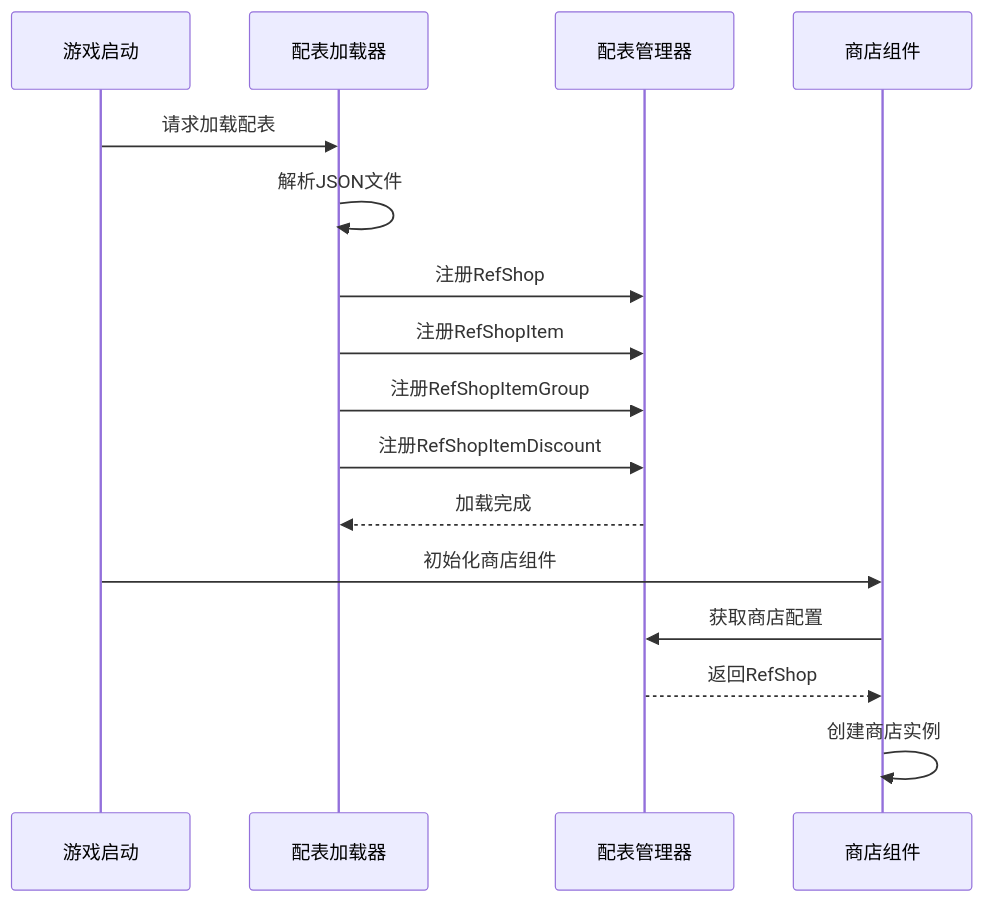
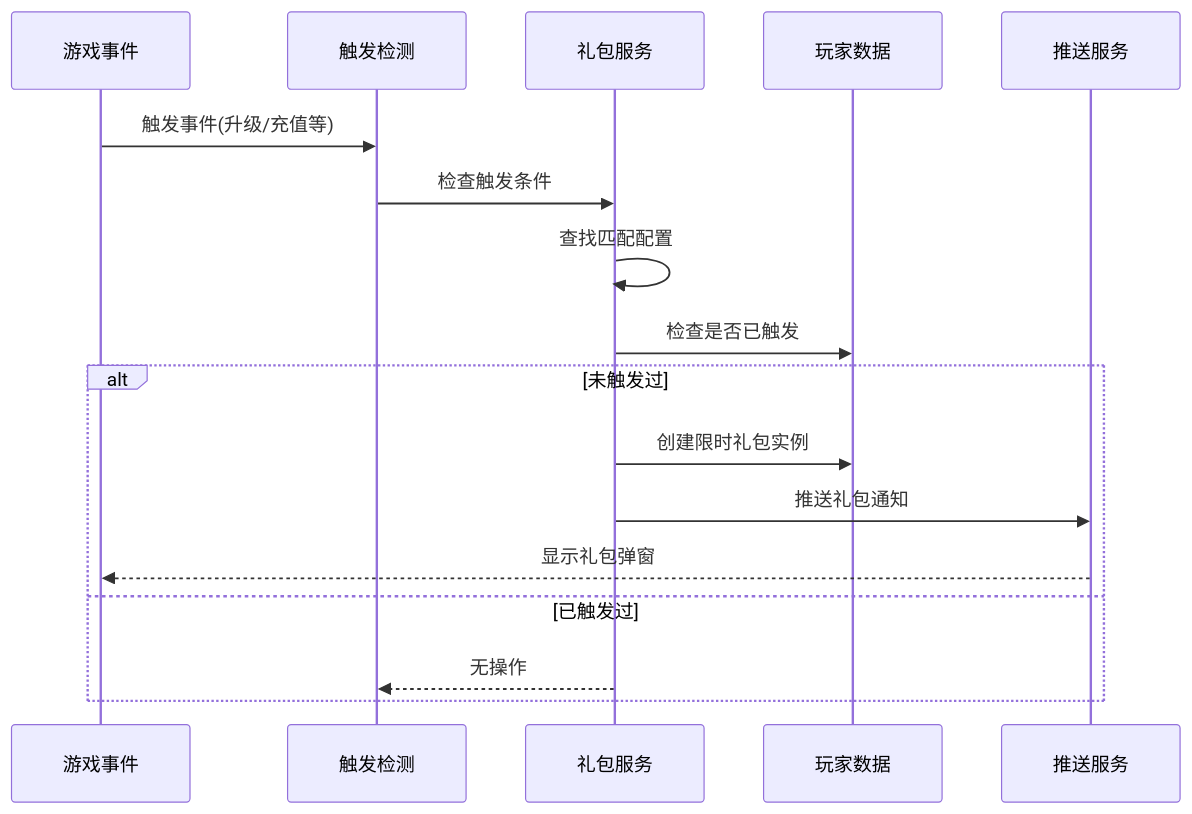
One commit to Alan-Ben/k2c_game_framework changed the fifth of 6 diagrams in docs/Module_Shop/01_数据配表.md. Above: the diagram before and after it, drawn with Mermaid. The commit also changed other lines of this file and 15 other files, not shown here.

````diff
--- a/docs/Module_Shop/01_数据配表.md
+++ b/docs/Module_Shop/01_数据配表.md
@@ -672,20 +565,20 @@
 ```mermaid
 sequenceDiagram
-    participant Game as 游戏启动
-    participant Loader as 配表加载器
-    participant RefData as 配表管理器
-    participant Shop as 商店组件
+    participant Game as 游戏事件
+    participant Trigger as 触发检测
+    participant Gift as 礼包服务
+    participant Player as 玩家数据
+    participant Push as 推送服务
 
-    Game->>Loader: 请求加载配表
-    Loader->>Loader: 解析JSON文件
-    Loader->>RefData: 注册RefShop
-    Loader->>RefData: 注册RefShopItem
-    Loader->>RefData: 注册RefShopItemGroup
-    Loader->>RefData: 注册RefShopItemDiscount
-    RefData-->>Loader: 加载完成
-
-    Game->>Shop: 初始化商店组件
-    Shop->>RefData: 获取商店配置
-    RefData-->>Shop: 返回RefShop
-    Shop->>Shop: 创建商店实例
+    Game->>Trigger: 触发事件(升级/充值等)
+    Trigger->>Gift: 检查触发条件
+    Gift->>Gift: 查找匹配配置
+    Gift->>Player: 检查是否已触发
+    alt 未触发过
+        Gift->>Player: 创建限时礼包实例
+        Gift->>Push: 推送礼包通知
+        Push-->>Game: 显示礼包弹窗
+    else 已触发过
+        Gift-->>Trigger: 无操作
+    end
 ```
````
